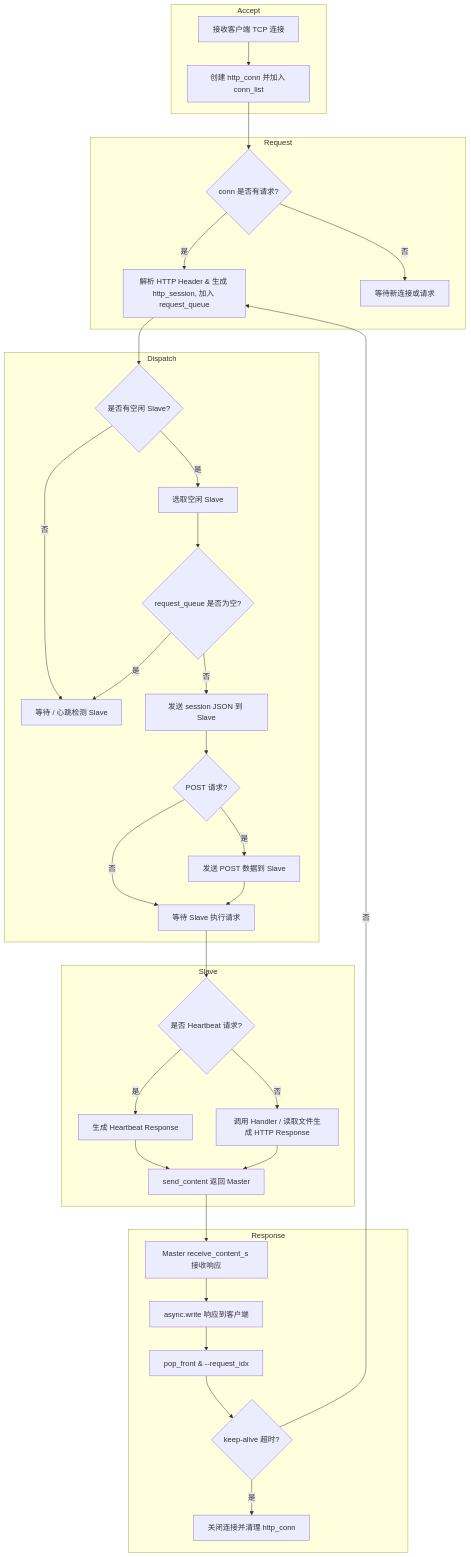
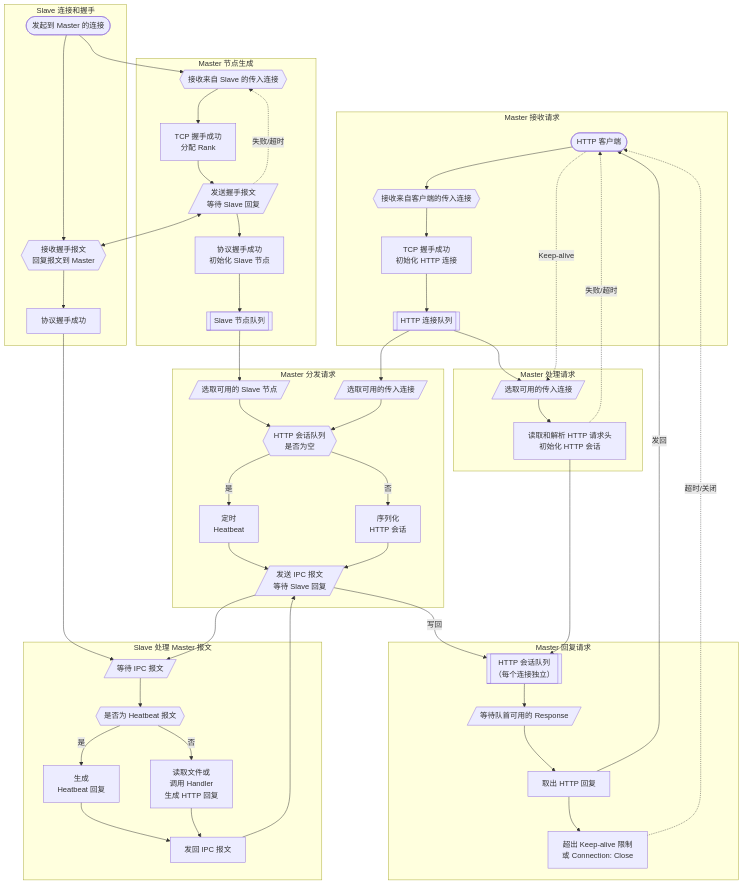
One commit to covscript/covscript-network changed the second of 2 diagrams in Protocol.md. Above: the diagram before and after it, drawn with Mermaid.

Commit message:
update flowchart

````diff
--- a/Protocol.md
+++ b/Protocol.md
@@ -383,47 +383,82 @@
 ```mermaid
 flowchart TD
-    %% Master Accept Worker
-    subgraph Accept
-        A[接收客户端 TCP 连接] --> B[创建 http_conn 并加入 conn_list]
+    X0([HTTP 客户端])
+    X1[[Slave 节点队列]]
+    X2[[HTTP 连接队列]]
+    X3[[HTTP 会话队列
+    （每个连接独立）]]
+    subgraph Master 节点生成
+        A1{{接收来自 Slave 的传入连接}} --> A2
+        A2[TCP 握手成功
+          分配 Rank] --> A3
+        A3[/发送握手报文
+        等待 Slave 回复/]
+        A3 --> A4[协议握手成功
+          初始化 Slave 节点]
+        A4 --> X1
+        A3 -. 失败/超时 .-> A1
     end
 
-    %% Master Request Worker
-    subgraph Request
-        B --> C{conn 是否有请求?}
-        C -- 是 --> D[解析 HTTP Header & 生成 http_session, 加入 request_queue]
-        C -- 否 --> B1[等待新连接或请求]
+    subgraph Master 接收请求
+        X0 --> B1
+        B1{{接收来自客户端的传入连接}} --> B2
+        B2[TCP 握手成功
+          初始化 HTTP 连接] --> X2
     end
 
-    %% Master Dispatch Worker
-    subgraph Dispatch
-        D --> E{是否有空闲 Slave?}
-        E -- 否 --> E1[等待 / 心跳检测 Slave]
-        E -- 是 --> F[选取空闲 Slave]
-        F --> G{request_queue 是否为空?}
-        G -- 否 --> H[发送 session JSON 到 Slave]
-        H --> I{POST 请求?}
-        I -- 是 --> I1[发送 POST 数据到 Slave]
-        I -- 否 --> J[等待 Slave 执行请求]
-        G -- 是 --> E1
-        I1 --> J
+    subgraph Master 处理请求
+        X2 --> C1
+        X0 -. Keep-alive .-> C1
+        C1[/选取可用的传入连接/] --> C2
+        C2[读取和解析 HTTP 请求头
+        初始化 HTTP 会话]
+        C2 -. 失败/超时 .-> X0
     end
 
-    %% Slave Worker
-    subgraph Slave
-        J --> K{是否 Heartbeat 请求?}
-        K -- 是 --> K1[生成 Heartbeat Response]
-        K -- 否 --> K2[调用 Handler / 读取文件生成 HTTP Response]
-        K1 --> L[send_content 返回 Master]
-        K2 --> L
+    subgraph Master 回复请求
+        X3 --> D1[/等待队首可用的 Response/]
+        D1 --> D2[取出 HTTP 回复]
+        D2 --> D3[超出 Keep-alive 限制
+        或 Connection: Close]
+        D3 -. 超时/关闭 .-> X0
+        D2 -- 发回 --> X0
     end
 
-    %% Master Response Worker
-    subgraph Response
-        L --> M[Master receive_content_s 接收响应]
-        M --> N[async.write 响应到客户端]
-        N --> O[pop_front & --request_idx]
-        O --> P{keep-alive 超时?}
-        P -- 否 --> D
-        P -- 是 --> Q[关闭连接并清理 http_conn]
+    subgraph Master 分发请求
+        X1 --> E1[/选取可用的 Slave 节点/]
+        X2 --> E2[/选取可用的传入连接/]
+        E3{{HTTP 会话队列
+        是否为空}}
+        E3 --  是 --> E4[定时
+        Heatbeat] --> E6
+        E3 --  否 --> E5[序列化
+        HTTP 会话] --> E6
+        E1 --> E3
+        E2 --> E3
+        E6[/发送 IPC 报文
+        等待 Slave 回复/]
+        E6 -- 写回 --> X3
+        C2 --> X3
+    end
+
+    subgraph Slave 连接和握手
+        F1([发起到 Master 的连接]) --> A1
+        F1 --> F2
+        A3 <--> F2{{接收握手报文
+        回复报文到 Master}} --> F3
+        F3[协议握手成功]
+    end
+
+    subgraph Slave 处理 Master 报文
+        F3 --> G1
+        E6 --> G1
+        G1[/等待 IPC 报文/] --> G2
+        G2{{是否为 Heatbeat 报文}}
+        G2 -- 是 --> G3[生成
+        Heatbeat 回复] --> G5
+        G2 -- 否 --> G4[读取文件或
+          调用 Handler
+          生成 HTTP 回复] --> G5
+        G5[发回 IPC 报文] --> E6
     end
 ```
````
